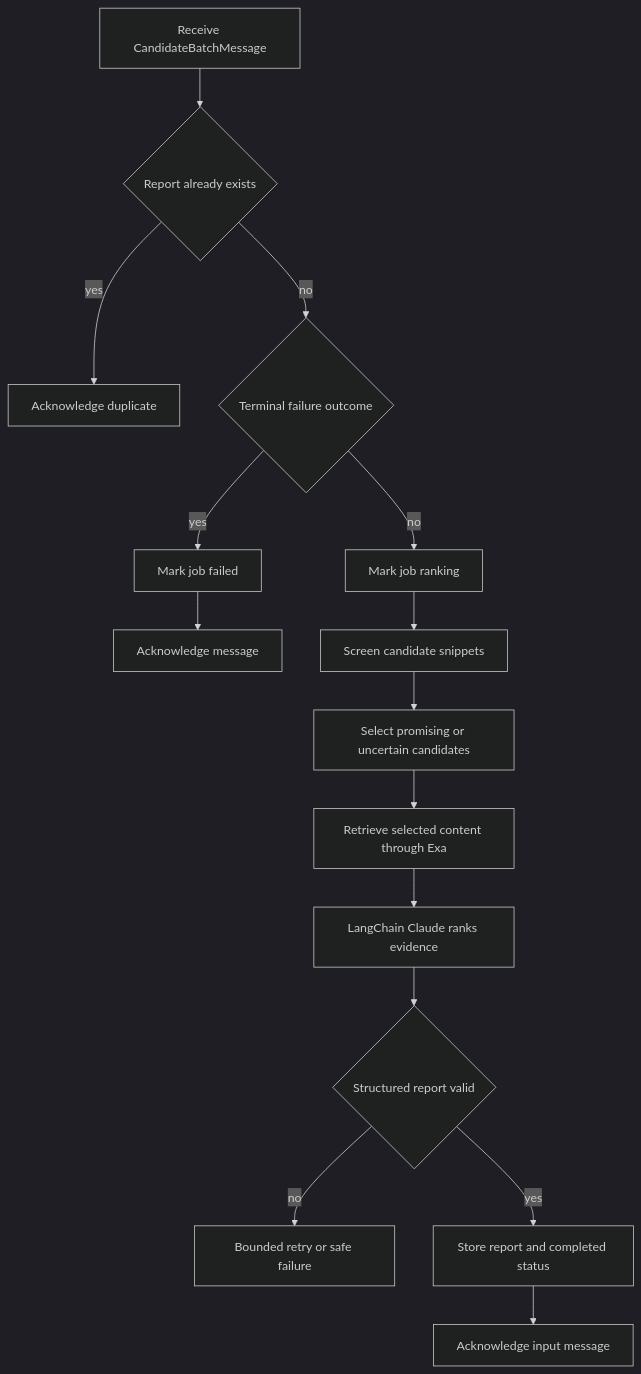
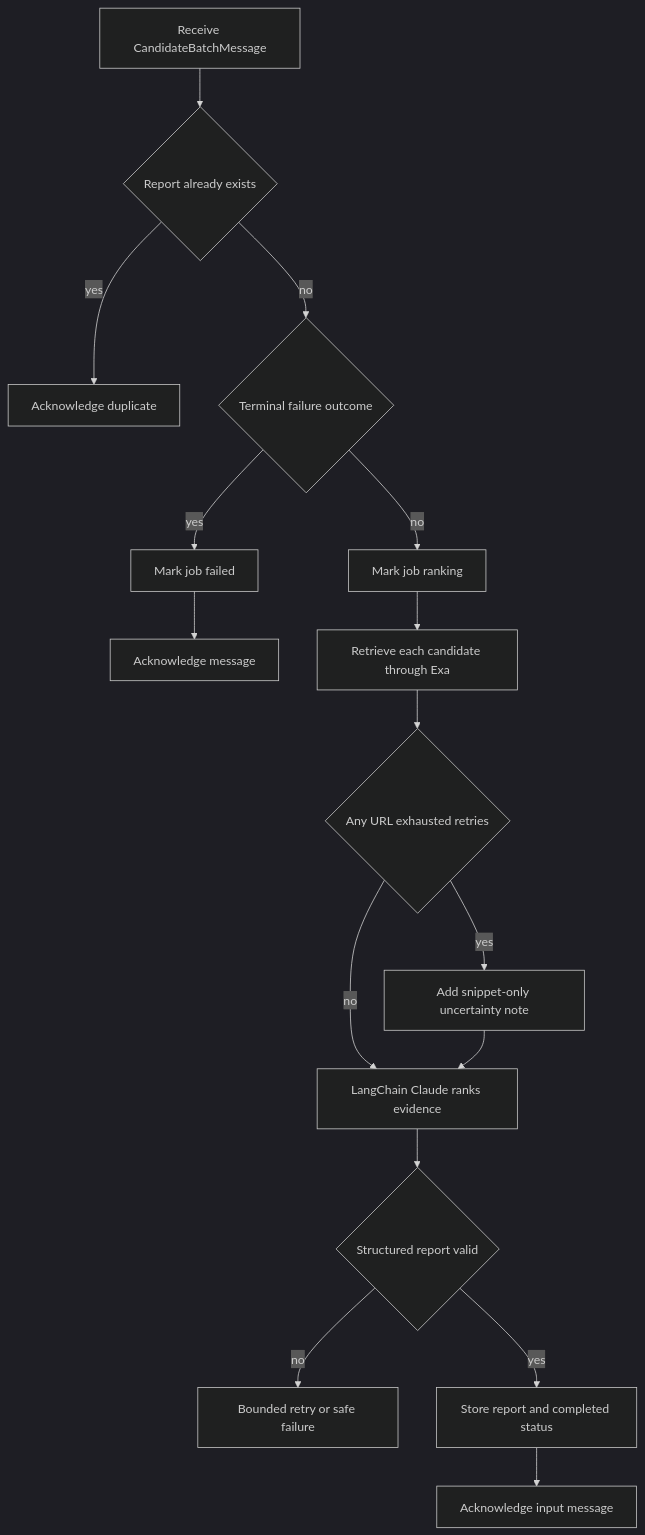
Before and after one commit to Jransom33/Agentic_Patent_Search: the fourth of 4 diagrams in spec.md, drawn with Mermaid (dark theme). The commit also changed other lines of this file and 8 other files, not shown here.

Commit message:
added the functionality for component C to rank the candidates generated from search in component B. Still need to add GCP implementation and replace local stubs with production code for cloud environment

````diff
--- a/spec.md
+++ b/spec.md
@@ -427,17 +495,18 @@
 ```mermaid
 flowchart TD
     Receive[Receive CandidateBatchMessage] --> DuplicateCheck{Report already exists}
     DuplicateCheck -->|yes| AckDuplicate[Acknowledge duplicate]
     DuplicateCheck -->|no| FailureCheck{Terminal failure outcome}
     FailureCheck -->|yes| MarkFailed[Mark job failed]
     MarkFailed --> AckFailure[Acknowledge message]
     FailureCheck -->|no| MarkRanking[Mark job ranking]
-    MarkRanking --> Screen[Screen candidate snippets]
-    Screen --> Select[Select promising or uncertain candidates]
-    Select --> Fetch[Retrieve selected content through Exa]
-    Fetch --> Rank[LangChain Claude ranks evidence]
+    MarkRanking --> Fetch[Retrieve each candidate through Exa]
+    Fetch --> FetchCheck{Any URL exhausted retries}
+    FetchCheck -->|yes| AddNote[Add snippet-only uncertainty note]
+    FetchCheck -->|no| Rank[LangChain Claude ranks evidence]
+    AddNote --> Rank
     Rank --> ValidateReport{Structured report valid}
     ValidateReport -->|no| RetryOrFail[Bounded retry or safe failure]
     ValidateReport -->|yes| Store[Store report and completed status]
     Store --> AckSuccess[Acknowledge input message]
 ```
````
